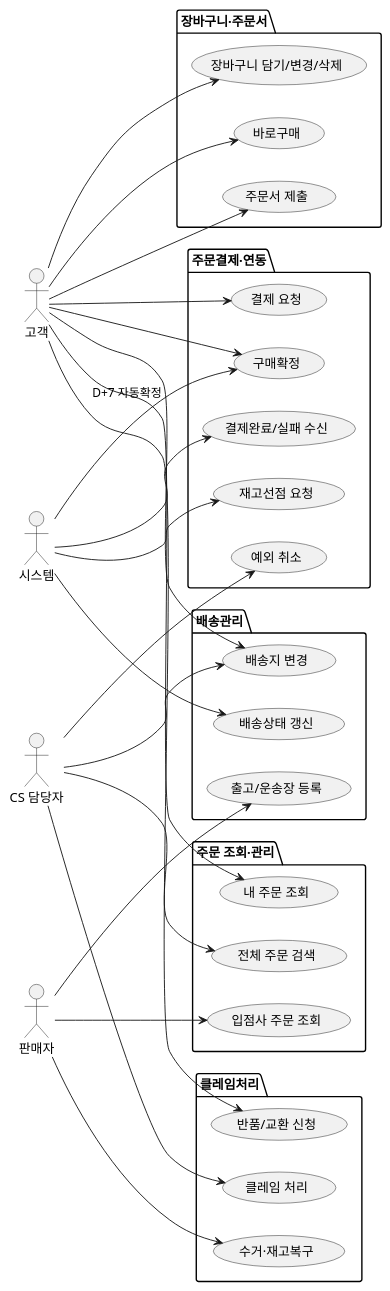
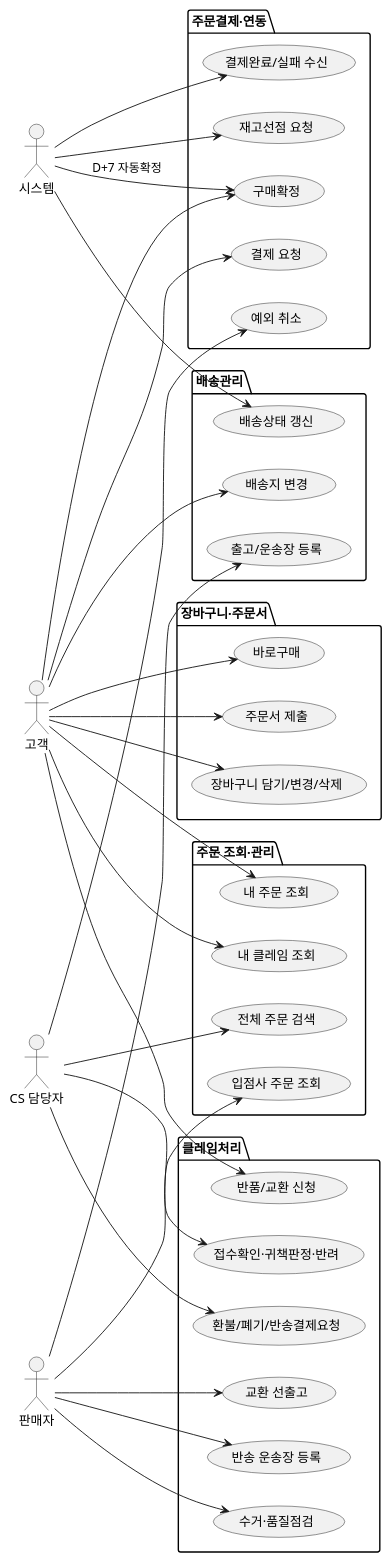
Before and after one commit to parknahyun/runNShop: the diagram in docs/자산화-단계별/S2-구조설계/06-상위유스케이스(Order).md, drawn with PlantUML. The commit also changed other lines of this file and 14 other files, not shown here.

````diff
--- a/docs/자산화-단계별/S2-구조설계/06-상위유스케이스(Order).md
+++ b/docs/자산화-단계별/S2-구조설계/06-상위유스케이스(Order).md
@@ -80,66 +86,73 @@
 ```plantuml
 @startuml
 left to right direction
 skinparam backgroundColor transparent
 
 actor 고객 as Customer
 actor 판매자 as Partner
 actor "CS 담당자" as CS
 actor 시스템 as System
 
 package "장바구니·주문서" {
   usecase "장바구니 담기/변경/삭제" as UC1
   usecase "바로구매" as UC2
   usecase "주문서 제출" as UC3
 }
 
 package "주문결제·연동" {
   usecase "결제 요청" as UC4
   usecase "결제완료/실패 수신" as UC5
   usecase "재고선점 요청" as UC6
   usecase "구매확정" as UC7
   usecase "예외 취소" as UC8
 }
 
 package "배송관리" {
   usecase "출고/운송장 등록" as UC9
   usecase "배송지 변경" as UC10
   usecase "배송상태 갱신" as UC11
 }
 
 package "클레임처리" {
   usecase "반품/교환 신청" as UC12
-  usecase "수거·재고복구" as UC13
-  usecase "클레임 처리" as UC14
+  usecase "접수확인·귀책판정·반려" as UC13
+  usecase "수거·품질점검" as UC14
+  usecase "교환 선출고" as UC15
+  usecase "반송 운송장 등록" as UC16
+  usecase "환불/폐기/반송결제요청" as UC17
 }
 
 package "주문 조회·관리" {
-  usecase "내 주문 조회" as UC15
-  usecase "입점사 주문 조회" as UC16
-  usecase "전체 주문 검색" as UC17
+  usecase "내 주문 조회" as UC18
+  usecase "내 클레임 조회" as UC19
+  usecase "입점사 주문 조회" as UC20
+  usecase "전체 주문 검색" as UC21
 }
 
 Customer --> UC1
 Customer --> UC2
 Customer --> UC3
 Customer --> UC4
 Customer --> UC7
 Customer --> UC10
 Customer --> UC12
-Customer --> UC15
+Customer --> UC18
+Customer --> UC19
 
 Partner --> UC9
-Partner --> UC13
+Partner --> UC14
+Partner --> UC15
 Partner --> UC16
+Partner --> UC20
 
 CS --> UC8
-CS --> UC10
-CS --> UC14
+CS --> UC13
 CS --> UC17
+CS --> UC21
 
 System --> UC5
 System --> UC6
 System --> UC7 : D+7 자동확정
 System --> UC11
 @enduml
 ```
````
